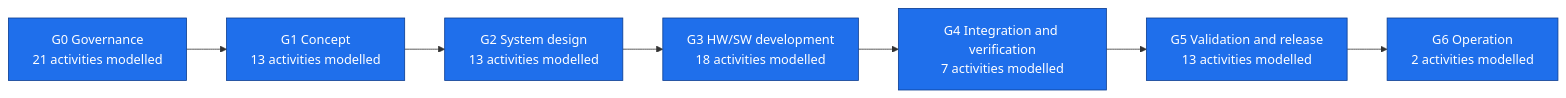
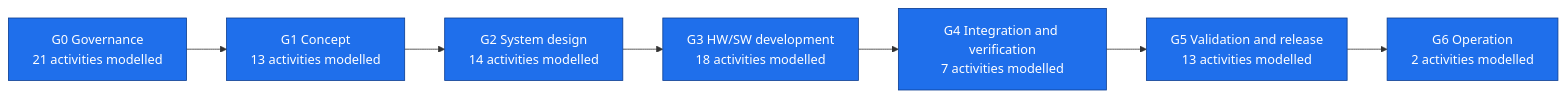
The first of 2 diagrams in assurance/process/maps/lifecycle.md (jherrodthomas/LionDriver), drawn with Mermaid before and after one commit. The commit also changed 59 other files, not shown here.

````diff
--- a/assurance/process/maps/lifecycle.md
+++ b/assurance/process/maps/lifecycle.md
@@ -8,14 +8,14 @@
 ```mermaid
 flowchart LR
   G0["G0 Governance<br/>21 activities modelled"]
   G1["G1 Concept<br/>13 activities modelled"]
-  G2["G2 System design<br/>13 activities modelled"]
+  G2["G2 System design<br/>14 activities modelled"]
   G3["G3 HW/SW development<br/>18 activities modelled"]
   G4["G4 Integration and verification<br/>7 activities modelled"]
   G5["G5 Validation and release<br/>13 activities modelled"]
   G6["G6 Operation<br/>2 activities modelled"]
   G0 --> G1 --> G2 --> G3 --> G4 --> G5 --> G6
   classDef modelled fill:#1f6feb,stroke:#0b3d91,color:#ffffff
   classDef pending fill:#f6f8fa,stroke:#8c959f,color:#57606a,stroke-dasharray: 4 3
   class G0,G1,G2,G3,G4,G5,G6 modelled
 ```
````
